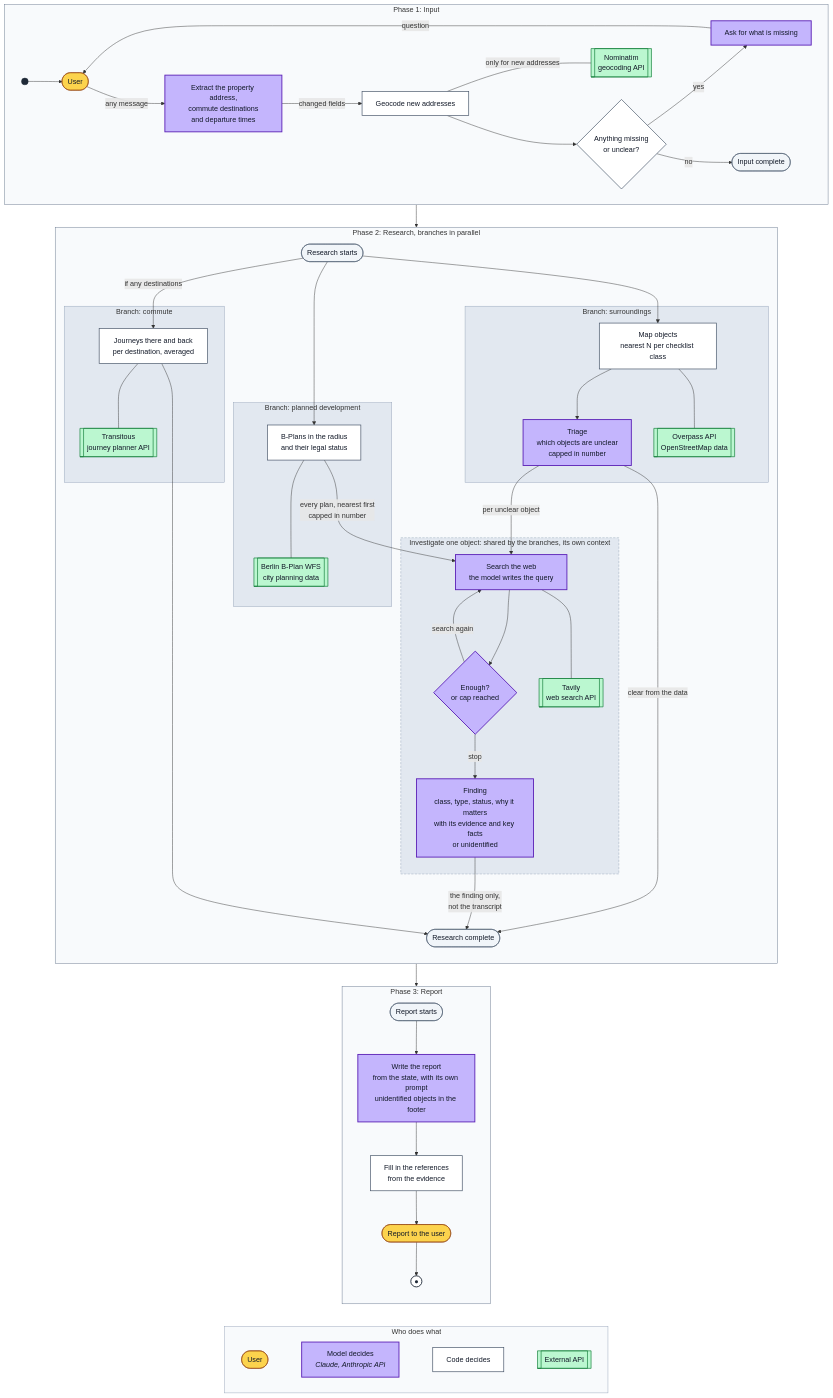
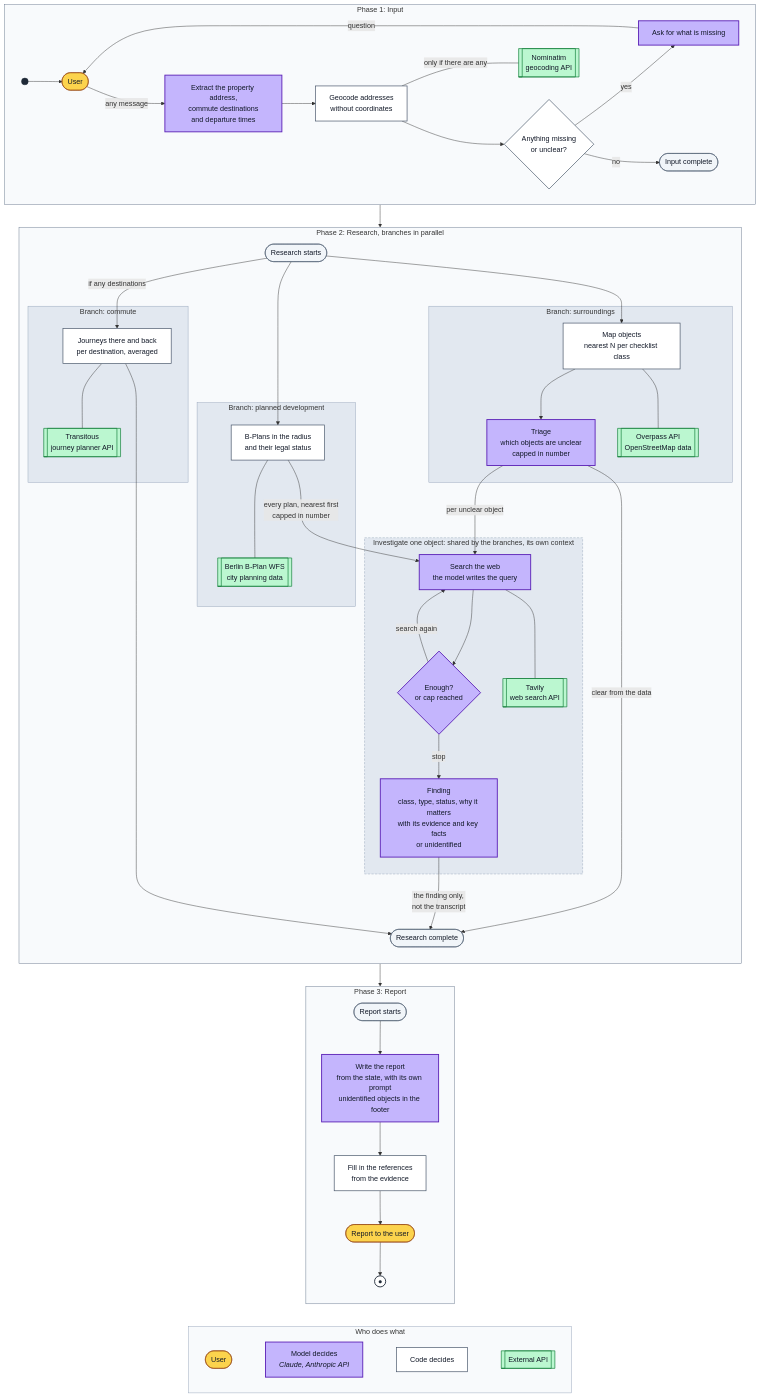
The first of 2 diagrams in docs/architecture.md (avashchenkov/out-of-frame), drawn with Mermaid before and after one commit. The commit also changed other lines of this file, not shown here.

Commit message:
docs: geocode every address without coordinates

```diff
--- a/docs/architecture.md
+++ b/docs/architecture.md
@@ -11,16 +11,16 @@
         START((" ")):::start
         U(["User"]):::human
         M["Extract the property address,<br/>commute destinations<br/>and departure times"]:::model
-        G["Geocode new addresses"]:::code
+        G["Geocode addresses<br/>without coordinates"]:::code
         NOM[["Nominatim<br/>geocoding API"]]:::ext
         C{"Anything missing<br/>or unclear?"}:::code
         A["Ask for what is missing"]:::model
         DONE(["Input complete"]):::milestone
         START --> U
         U -->|"any message"| M
-        M -->|"changed fields"| G
+        M --> G
         G --> C
-        G ---|"only for new addresses"| NOM
+        G ---|"only if there are any"| NOM
         C -->|"yes"| A
         A -->|"question"| U
         C -->|"no"| DONE
```
